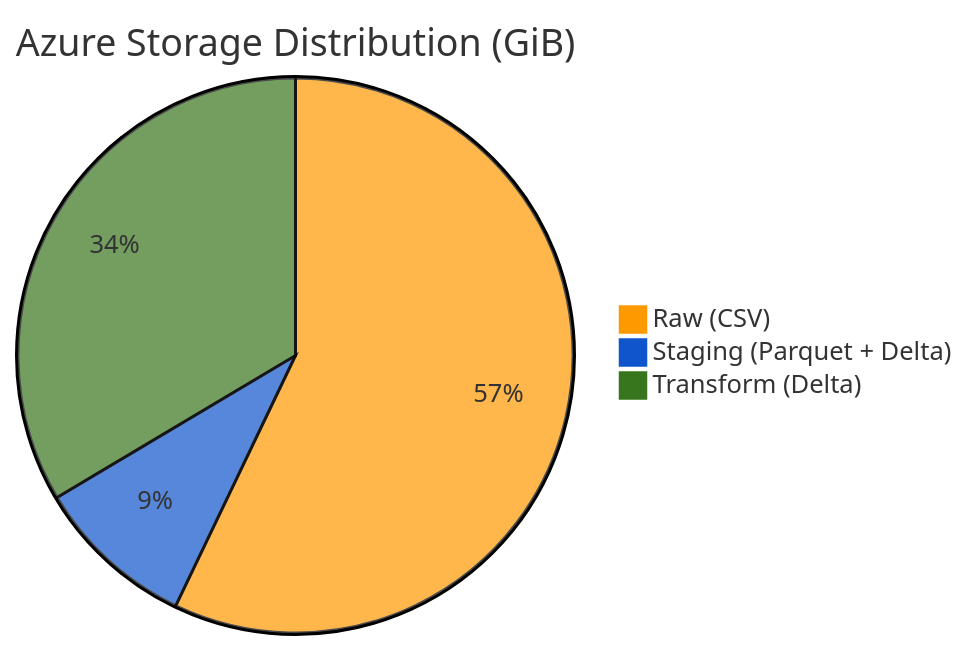
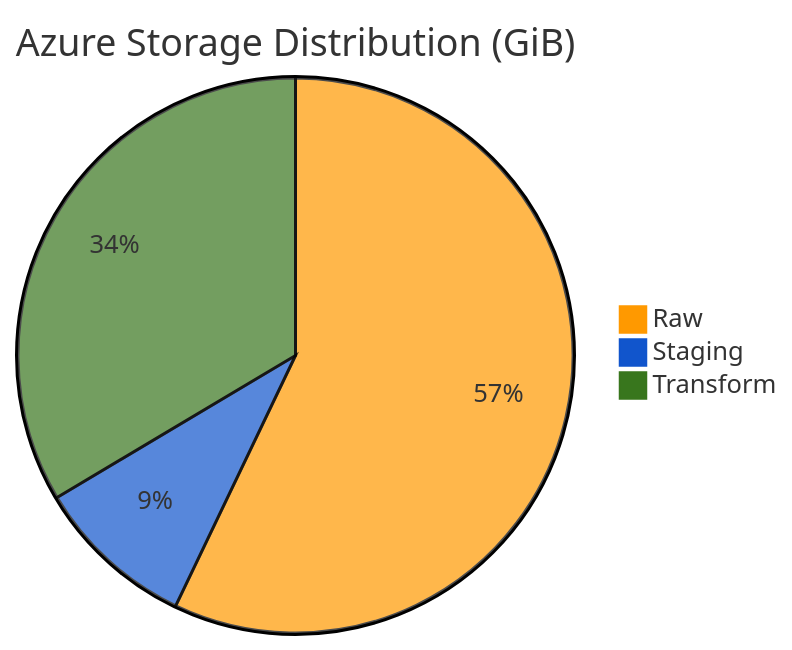
Before and after one commit to nhudinh2103/Multi-platform-comparison-NYC-Taxi-dataset: the first of 3 diagrams in README.md, drawn with Mermaid. The commit also changed other lines of this file, not shown here.

````diff
--- a/README.md
+++ b/README.md
@@ -279,8 +279,8 @@
 ```mermaid
 %%{init: {'theme': 'base', 'themeVariables': { 'pie1': '#ff9900', 'pie2': '#1155cc', 'pie3': '#38761d'}}}%%
 pie
     title Azure Storage Distribution (GiB)
-    "Raw (CSV)" : 223.13
-    "Staging (Parquet + Delta)" : 36.53
-    "Transform (Delta)" : 131.07
+    "Raw" : 223.13
+    "Staging" : 36.53
+    "Transform" : 131.07
 ```
````
